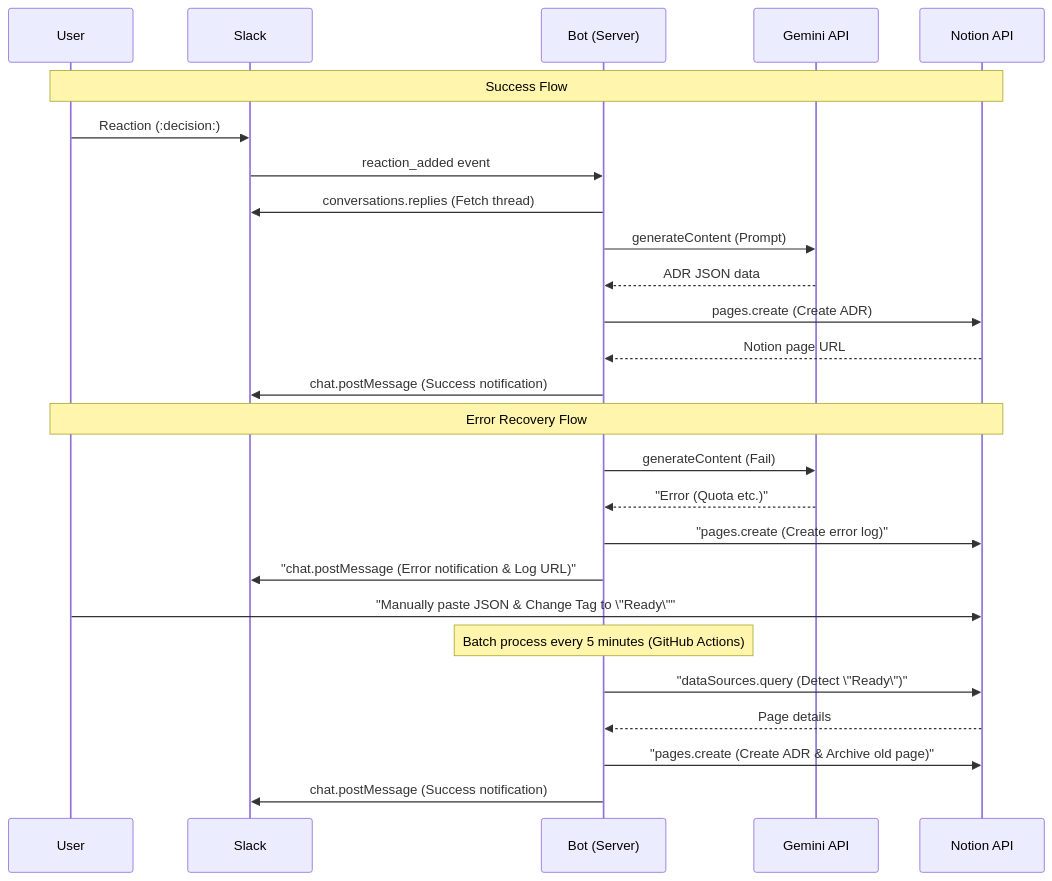
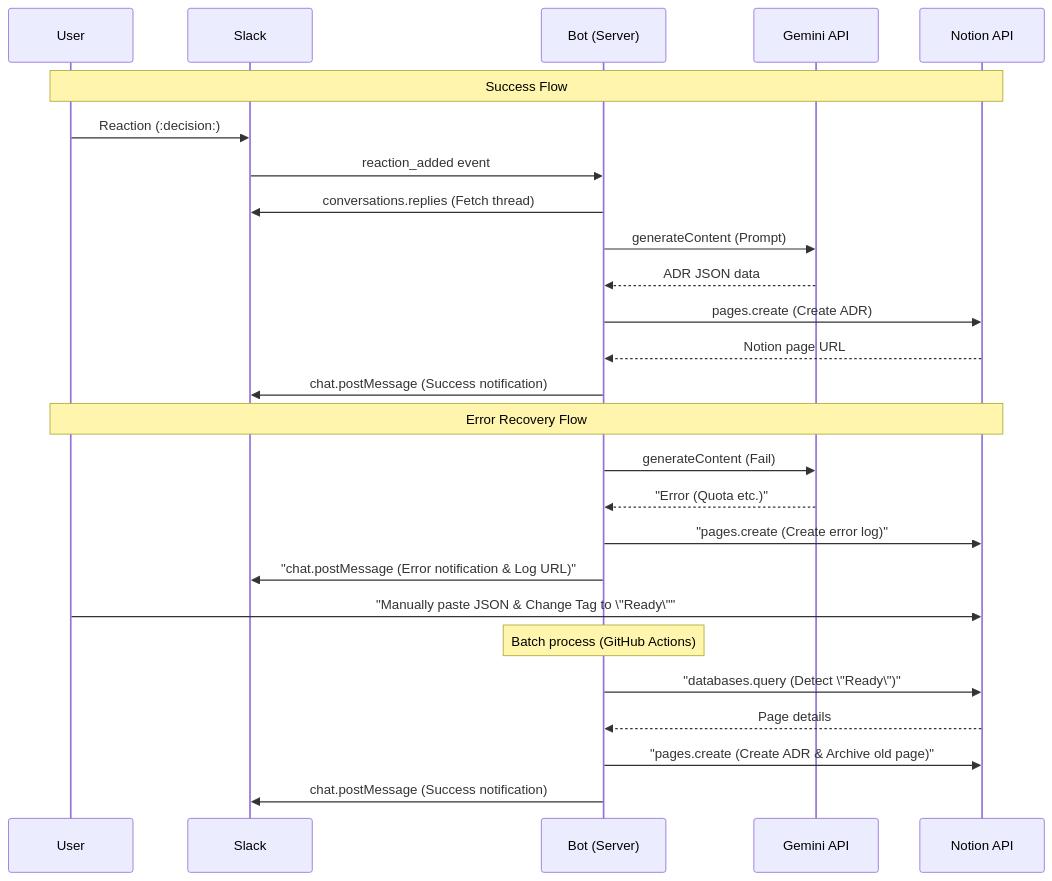
Before and after one commit to Syogo-Suganoya/slackADR: the third of 4 diagrams in ARCHITECTURE.md, drawn with Mermaid. The commit also changed other lines of this file and 2 other files, not shown here.

````diff
--- a/ARCHITECTURE.md
+++ b/ARCHITECTURE.md
@@ -74,32 +74,32 @@
 ```mermaid
 sequenceDiagram
     participant U as User
     participant S as Slack
     participant B as Bot (Server)
     participant A as Gemini API
     participant N as Notion API
 
     %% Success Case
     Note over U, N: Success Flow
     U->>S: Reaction (:decision:)
     S->>B: reaction_added event
     B->>S: conversations.replies (Fetch thread)
     B->>A: generateContent (Prompt)
     A-->>B: ADR JSON data
     B->>N: pages.create (Create ADR)
     N-->>B: Notion page URL
     B->>S: chat.postMessage (Success notification)
 
     %% Error Recovery Flow
     Note over U, N: Error Recovery Flow
     B->>A: generateContent (Fail)
     A-->>B: "Error (Quota etc.)"
     B->>N: "pages.create (Create error log)"
     B->>S: "chat.postMessage (Error notification & Log URL)"
     U->>N: "Manually paste JSON & Change Tag to \"Ready\""
-    Note over B: Batch process every 5 minutes (GitHub Actions)
-    B->>N: "dataSources.query (Detect \"Ready\")"
+    Note over B: Batch process (GitHub Actions)
+    B->>N: "databases.query (Detect \"Ready\")"
     N-->>B: Page details
     B->>N: "pages.create (Create ADR & Archive old page)"
     B->>S: chat.postMessage (Success notification)
 ```
````
